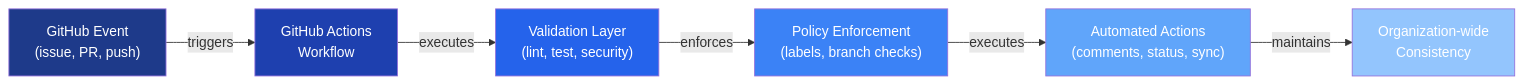
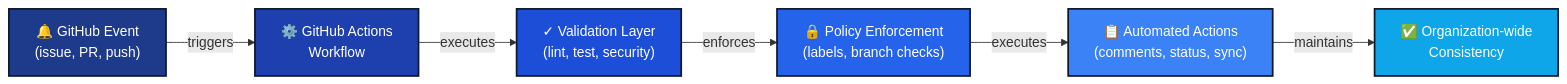
One commit to lightspeedwp/.github changed the first of 4 diagrams in README.md. Above: the diagram before and after it, drawn with Mermaid. The commit also changed other lines of this file, not shown here.

First line of the commit message:
fix: Update Mermaid diagrams for WCAG 2.2 AA color contrast compliance

````diff
--- a/README.md
+++ b/README.md
@@ -228,22 +228,22 @@
 ```mermaid
 graph LR
-    A["GitHub Event<br/>(issue, PR, push)"]
-    B["GitHub Actions<br/>Workflow"]
-    C["Validation Layer<br/>(lint, test, security)"]
-    D["Policy Enforcement<br/>(labels, branch checks)"]
-    E["Automated Actions<br/>(comments, status, sync)"]
-    F["Organization-wide<br/>Consistency"]
+    A["🔔 GitHub Event<br/>(issue, PR, push)"]
+    B["⚙️ GitHub Actions<br/>Workflow"]
+    C["✓ Validation Layer<br/>(lint, test, security)"]
+    D["🔒 Policy Enforcement<br/>(labels, branch checks)"]
+    E["📋 Automated Actions<br/>(comments, status, sync)"]
+    F["✅ Organization-wide<br/>Consistency"]
 
     A -->|triggers| B
     B -->|executes| C
     C -->|enforces| D
     D -->|executes| E
     E -->|maintains| F
 
-    style A fill:#1e3a8a,color:#fff
-    style B fill:#1e40af,color:#fff
-    style C fill:#2563eb,color:#fff
-    style D fill:#3b82f6,color:#fff
-    style E fill:#60a5fa,color:#fff
-    style F fill:#93c5fd,color:#fff
+    style A fill:#1e3a8a,color:#ffffff,stroke:#0f172a,stroke-width:2px
+    style B fill:#1e40af,color:#ffffff,stroke:#0f172a,stroke-width:2px
+    style C fill:#1d4ed8,color:#ffffff,stroke:#0f172a,stroke-width:2px
+    style D fill:#2563eb,color:#ffffff,stroke:#0f172a,stroke-width:2px
+    style E fill:#3b82f6,color:#ffffff,stroke:#0f172a,stroke-width:2px
+    style F fill:#0ea5e9,color:#ffffff,stroke:#0f172a,stroke-width:2px
 ```
````
